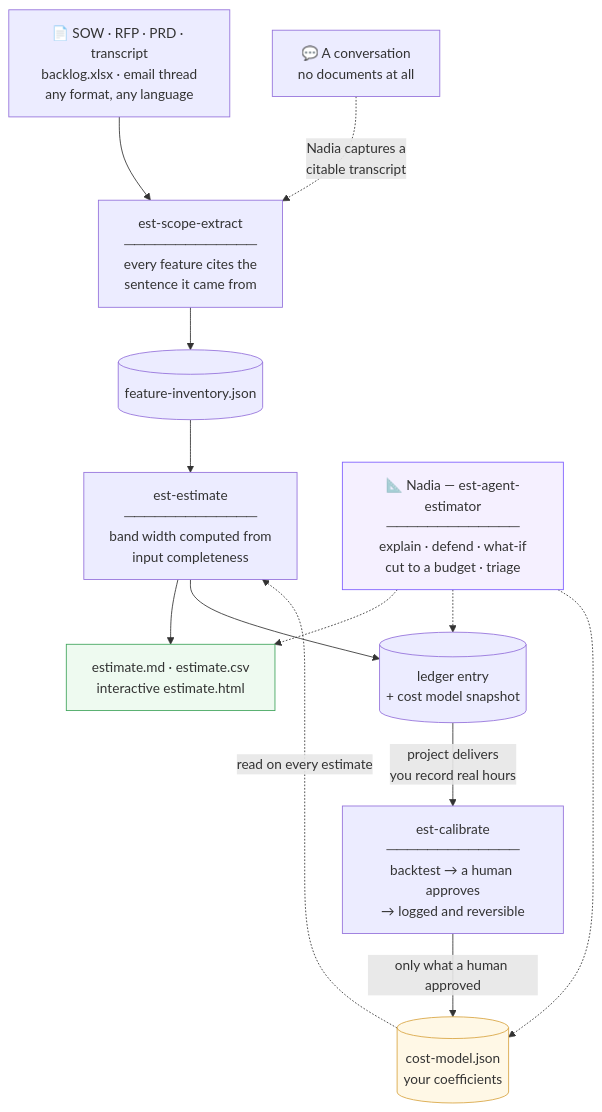
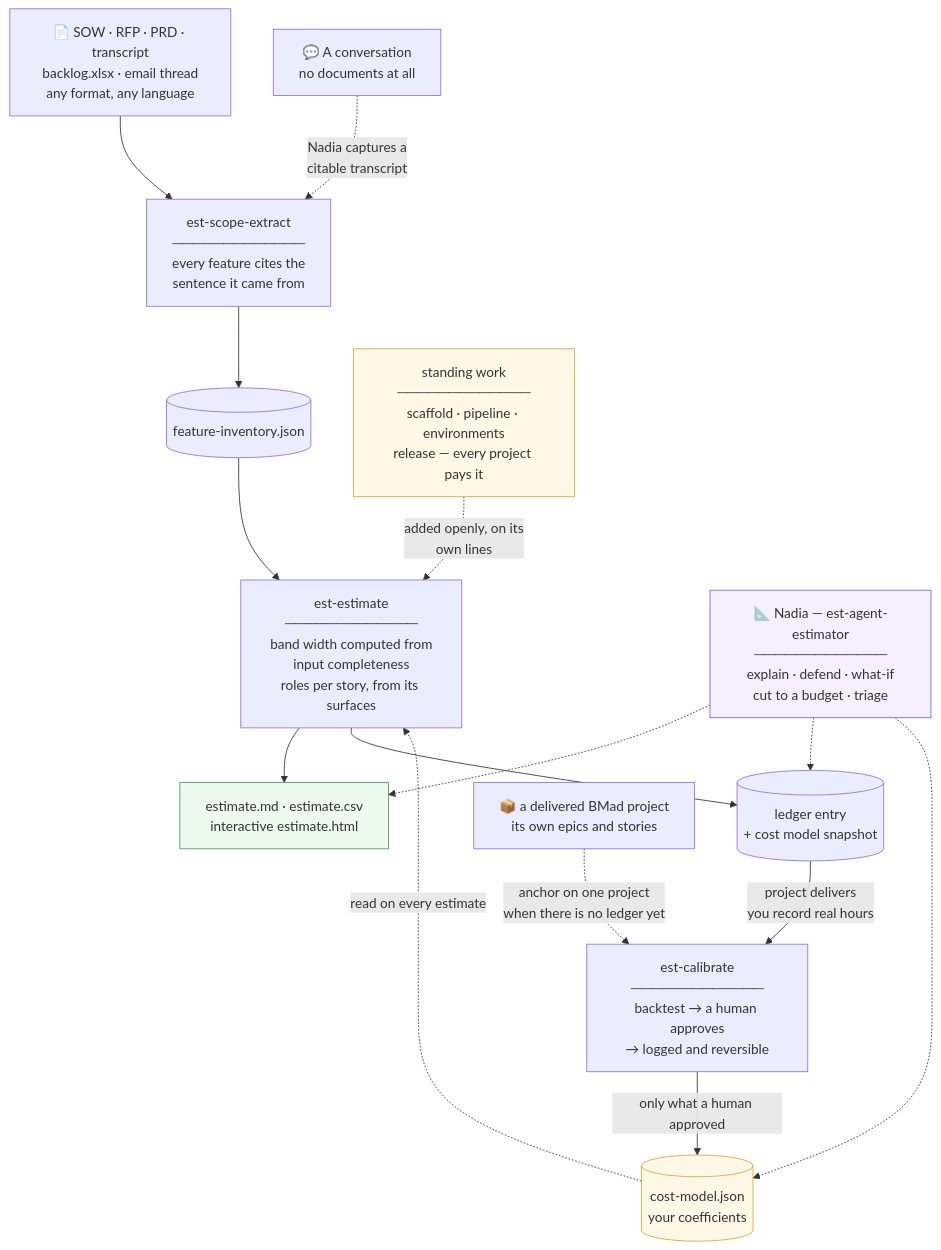
The diagram in README.md (Relevant-S/bmad-est), drawn with Mermaid before and after one commit. The commit also changed other lines of this file and 39 other files, not shown here.

Commit message:
enhance est-agent-estimator and est-calibrate modules with new features and improvements

````diff
--- a/README.md
+++ b/README.md
@@ -40,34 +42,39 @@
 ```mermaid
 flowchart TB
     DOCS["📄 SOW · RFP · PRD · transcript<br/>backlog.xlsx · email thread<br/>any format, any language"]
     TALK["💬 A conversation<br/>no documents at all"]
 
     EXTRACT["est-scope-extract<br/>─────────────<br/>every feature cites the<br/>sentence it came from"]
     INV[("feature-inventory.json")]
 
-    ESTIMATE["est-estimate<br/>─────────────<br/>band width computed from<br/>input completeness"]
+    ESTIMATE["est-estimate<br/>─────────────<br/>band width computed from<br/>input completeness<br/>roles per story, from its surfaces"]
+    STANDING["standing work<br/>─────────────<br/>scaffold · pipeline · environments<br/>release — every project pays it"]
     OUTPUT["estimate.md · estimate.csv<br/>interactive estimate.html"]
     LEDGER[("ledger entry<br/>+ cost model snapshot")]
 
     CALIBRATE["est-calibrate<br/>─────────────<br/>backtest → a human approves<br/>→ logged and reversible"]
+    DELIVERED["📦 a delivered BMad project<br/>its own epics and stories"]
     MODEL[("cost-model.json<br/>your coefficients")]
 
     NADIA["📐 Nadia — est-agent-estimator<br/>─────────────<br/>explain · defend · what-if<br/>cut to a budget · triage"]
 
     DOCS --> EXTRACT
     TALK -.->|"Nadia captures a<br/>citable transcript"| EXTRACT
     EXTRACT --> INV --> ESTIMATE
+    STANDING -.->|"added openly, on its<br/>own lines"| ESTIMATE
     ESTIMATE --> OUTPUT
     ESTIMATE --> LEDGER
     LEDGER -->|"project delivers<br/>you record real hours"| CALIBRATE
+    DELIVERED -.->|"anchor on one project<br/>when there is no ledger yet"| CALIBRATE
     CALIBRATE -->|"only what a human approved"| MODEL
     MODEL -.->|"read on every estimate"| ESTIMATE
 
     NADIA -.-> OUTPUT
     NADIA -.-> LEDGER
     NADIA -.-> MODEL
 
     style NADIA fill:#f5f0ff,stroke:#7c5cff
     style MODEL fill:#fff8e6,stroke:#d9a441
+    style STANDING fill:#fff8e6,stroke:#d9a441
     style OUTPUT fill:#eefaf0,stroke:#3fa45b
 ```
````
